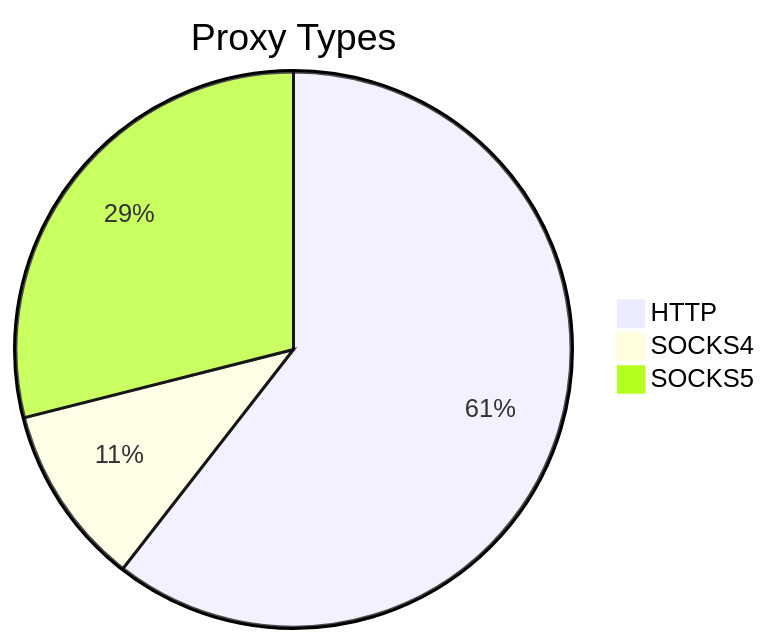
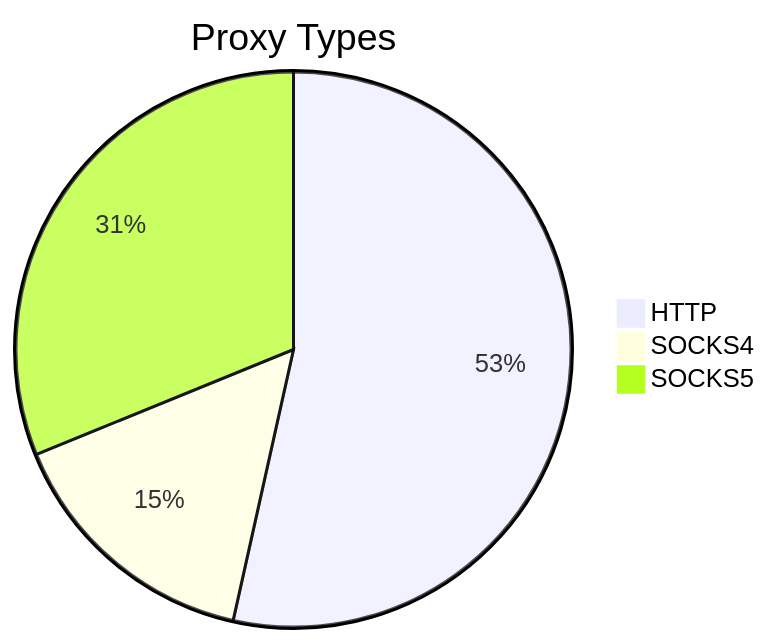
Before and after one commit to stormsia/proxy-list: the first of 2 diagrams in README.md, drawn with Mermaid. The commit also changed other lines of this file, not shown here.

````diff
--- a/README.md
+++ b/README.md
@@ -21,6 +21,6 @@
 ```mermaid
 pie title Proxy Types
-    "HTTP" : 161
-    "SOCKS4" : 28
-    "SOCKS5" : 77
+    "HTTP" : 230
+    "SOCKS4" : 66
+    "SOCKS5" : 134
 ```
````
